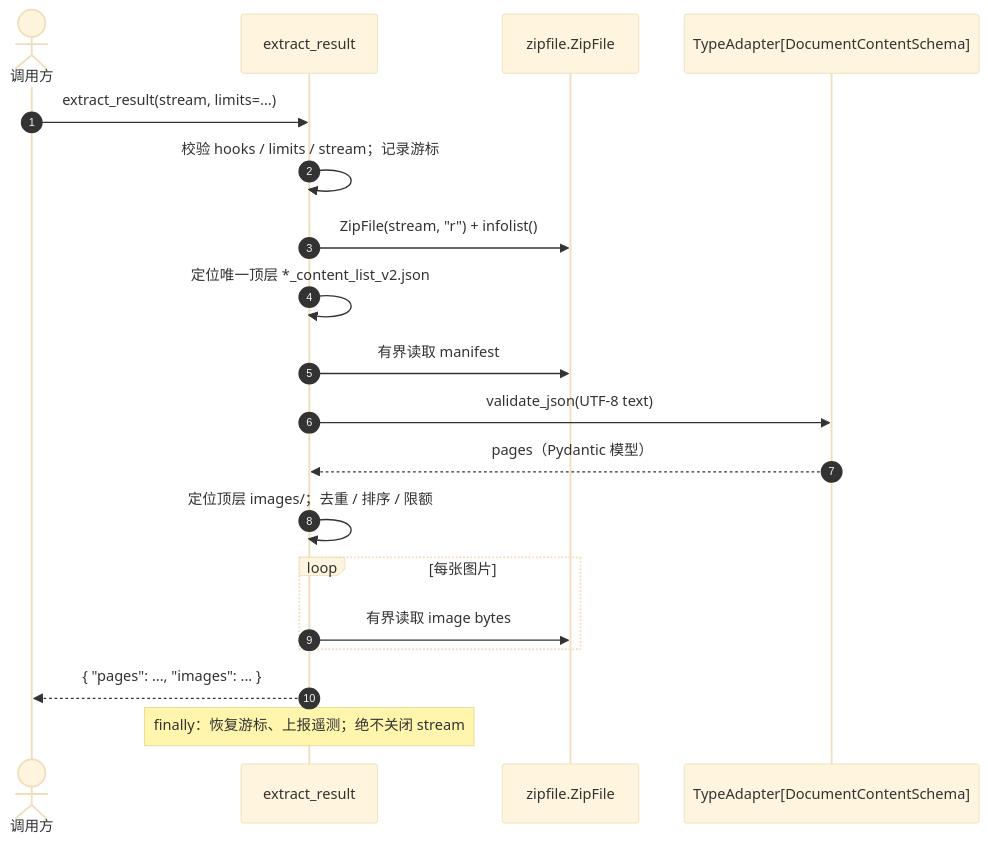
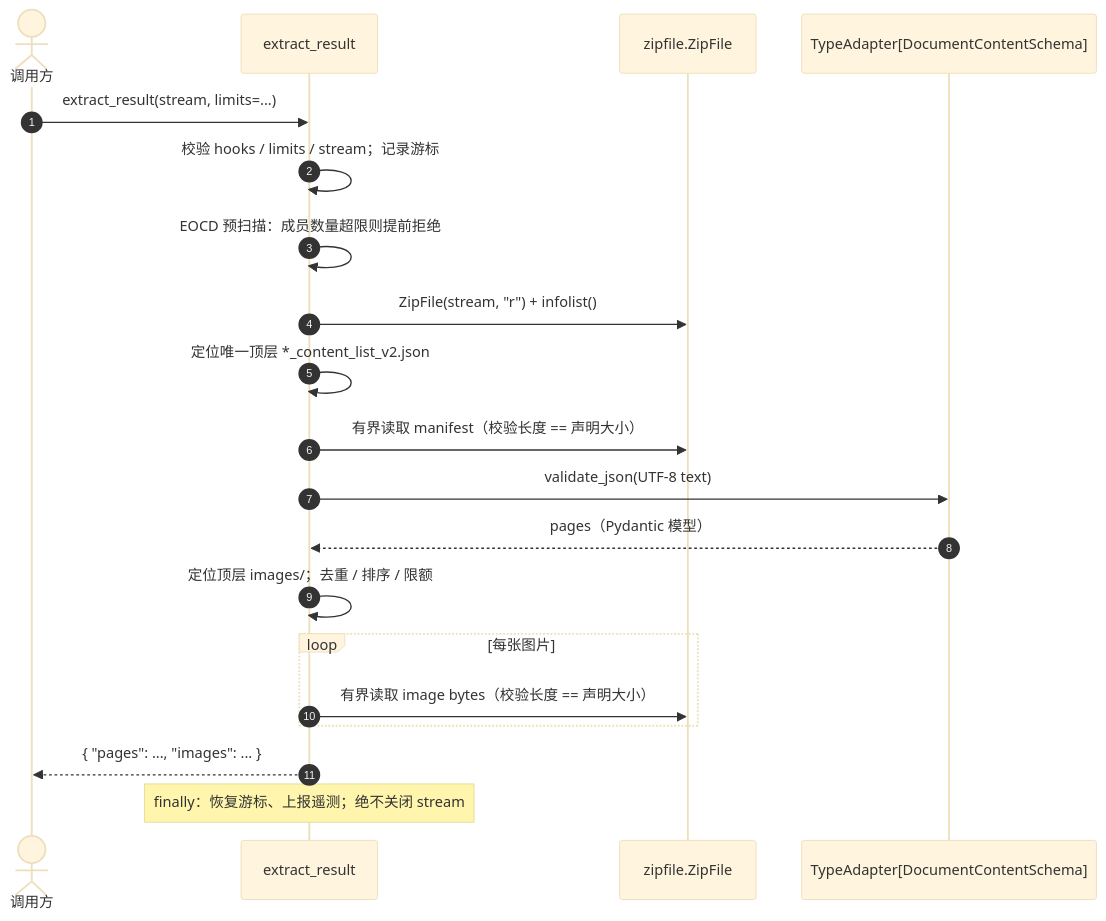
One commit to dream-365/mineru-parser changed the second of 2 diagrams in docs/specs/SPEC-003-result-extractor.md. Above: the diagram before and after it, drawn with Mermaid (base theme). The commit also changed other lines of this file and 6 other files, not shown here.

````diff
--- a/docs/specs/SPEC-003-result-extractor.md
+++ b/docs/specs/SPEC-003-result-extractor.md
@@ -316,22 +348,23 @@
 ```mermaid
 sequenceDiagram
     autonumber
     actor Caller as 调用方
     participant EX as extract_result
     participant ZF as zipfile.ZipFile
     participant VA as TypeAdapter[DocumentContentSchema]
 
     Caller->>EX: extract_result(stream, limits=...)
     EX->>EX: 校验 hooks / limits / stream；记录游标
+    EX->>EX: EOCD 预扫描：成员数量超限则提前拒绝
     EX->>ZF: ZipFile(stream, "r") + infolist()
     EX->>EX: 定位唯一顶层 *_content_list_v2.json
-    EX->>ZF: 有界读取 manifest
+    EX->>ZF: 有界读取 manifest（校验长度 == 声明大小）
     EX->>VA: validate_json(UTF-8 text)
     VA-->>EX: pages（Pydantic 模型）
     EX->>EX: 定位顶层 images/；去重 / 排序 / 限额
     loop 每张图片
-        EX->>ZF: 有界读取 image bytes
+        EX->>ZF: 有界读取 image bytes（校验长度 == 声明大小）
     end
     EX-->>Caller: { "pages": ..., "images": ... }
     Note over EX: finally：恢复游标、上报遥测；绝不关闭 stream
 ```
````
